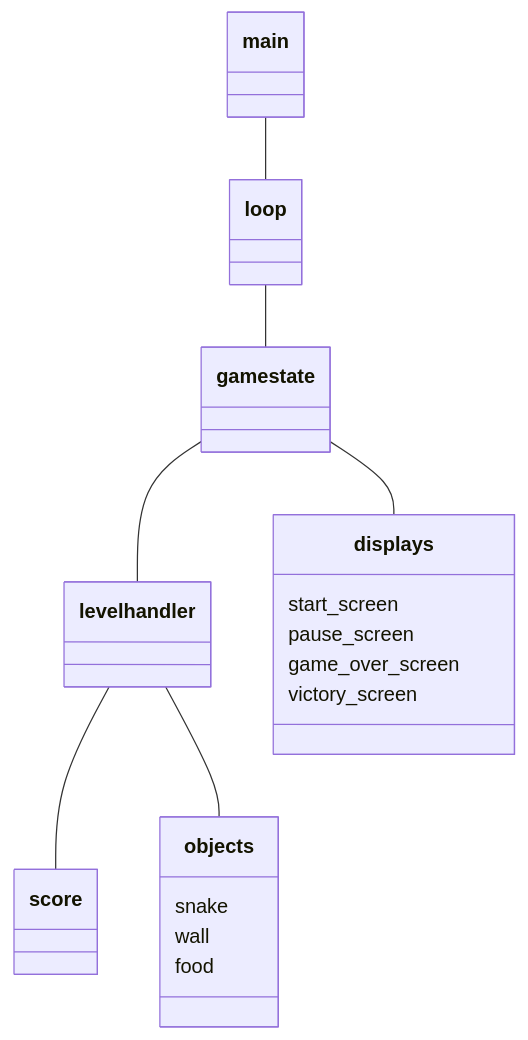
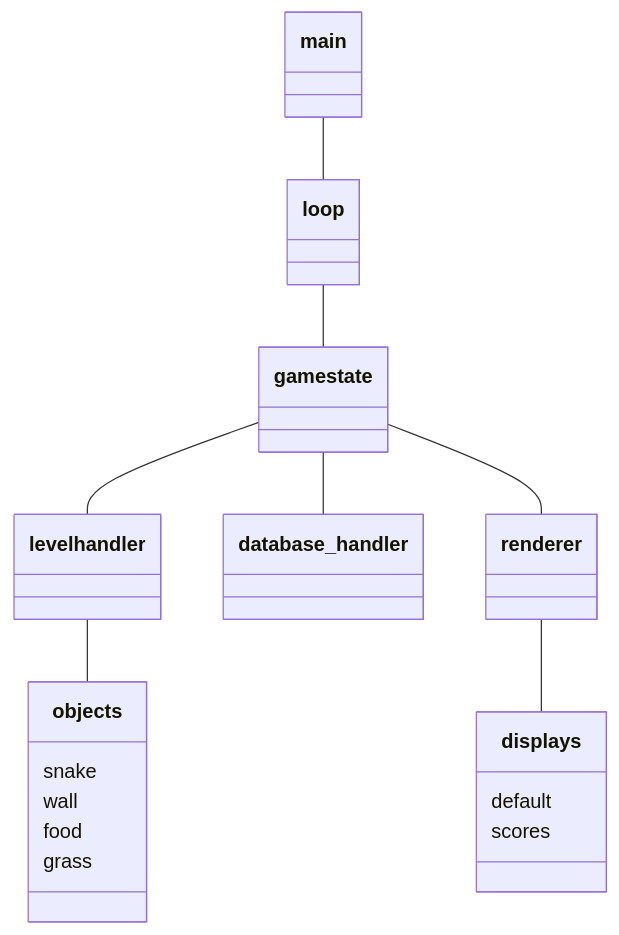
The first of 2 diagrams in dokumentaatio/arkkitehtuuri.md (valttteri/ot-harjoitustyo), drawn with Mermaid before and after one commit. The commit also changed other lines of this file, not shown here.

````diff
--- a/dokumentaatio/arkkitehtuuri.md
+++ b/dokumentaatio/arkkitehtuuri.md
@@ -1,22 +3,22 @@
 ```mermaid
  classDiagram
     main -- loop
     loop -- gamestate
     gamestate -- levelhandler
-    gamestate -- displays
-    levelhandler -- score
+    gamestate -- database_handler
+    gamestate -- renderer
     levelhandler -- objects
+    renderer -- displays
 
   class displays {
-    start_screen
-    pause_screen
-    game_over_screen
-    victory_screen
+    default
+    scores
 }
 
   class objects {
     snake
     wall
     food
+    grass
 }
 ```
````
